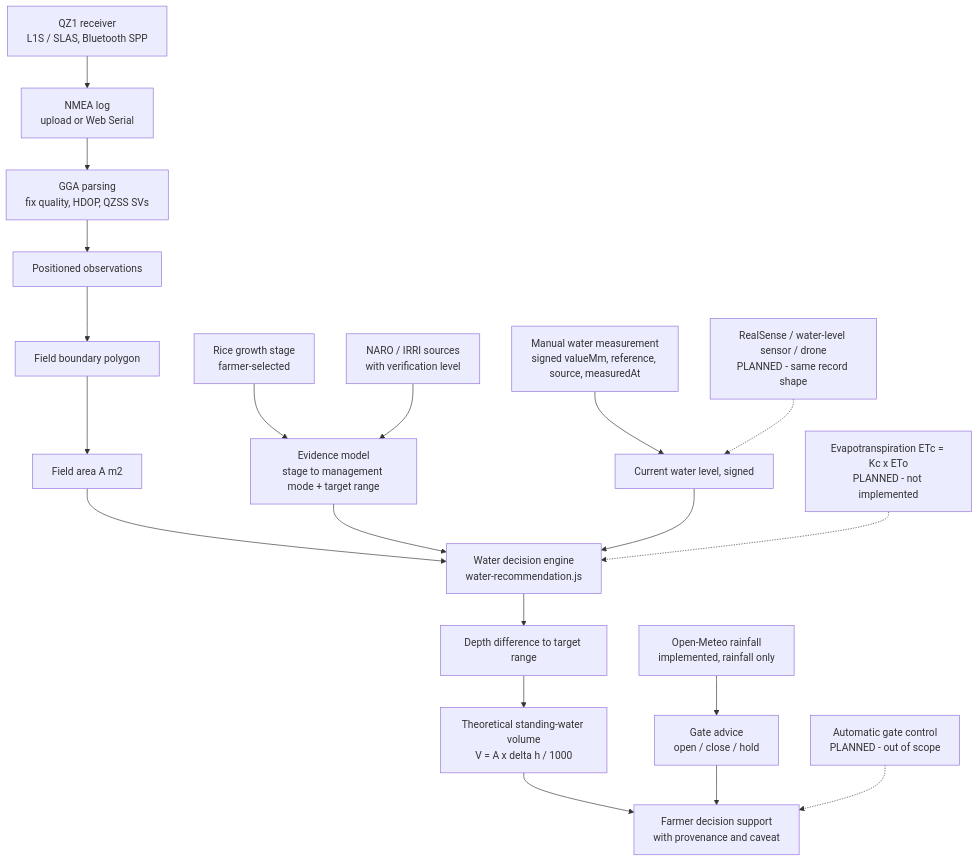
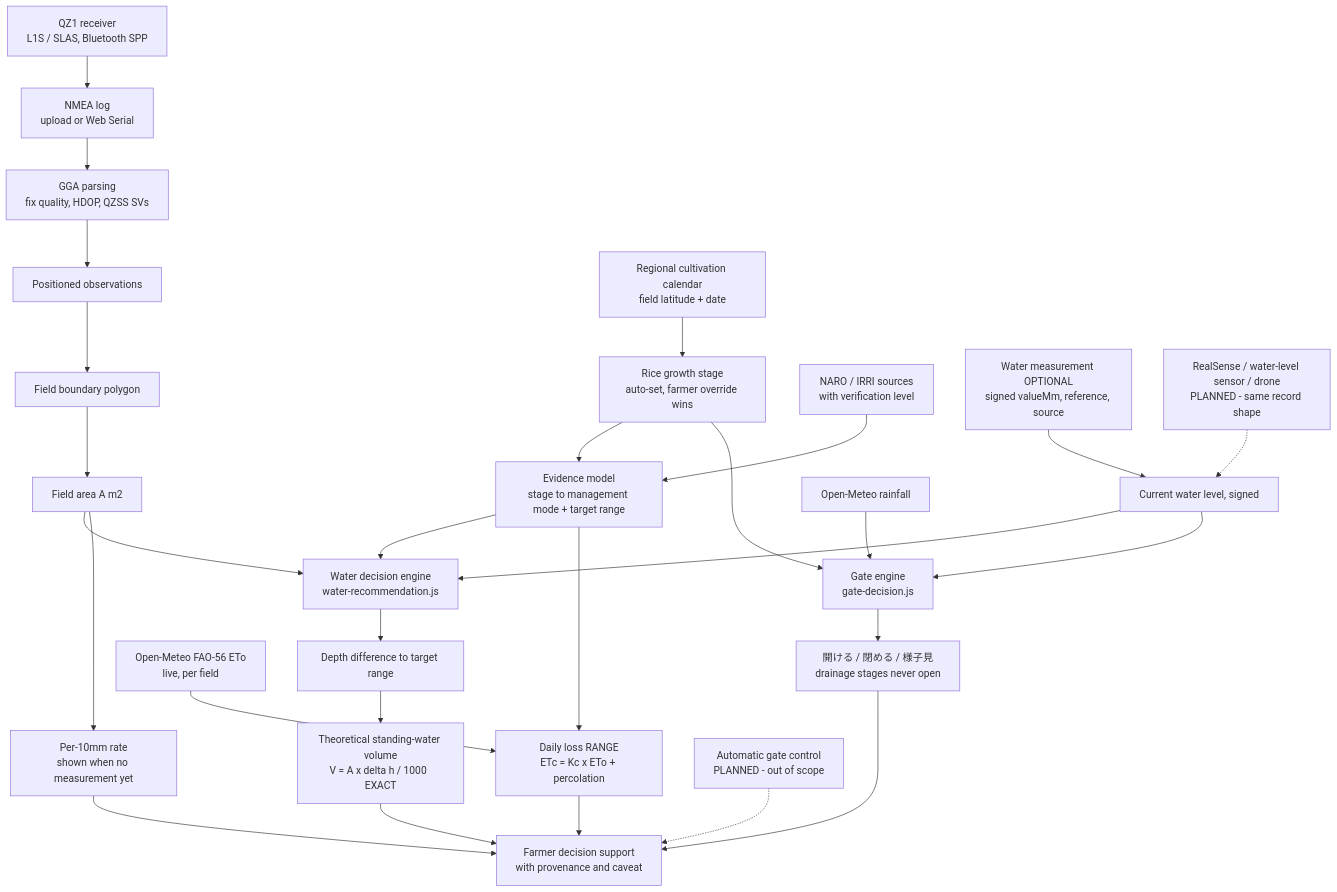
Before and after one commit to Klayertan/michibiki-suimon-navi: the diagram in docs/ARCHITECTURE.md, drawn with Mermaid. The commit also changed other lines of this file and 10 other files, not shown here.

First line of the commit message:
feat(water): optional water level, calendar-based stage, ET-aware gate decision

````diff
--- a/docs/ARCHITECTURE.md
+++ b/docs/ARCHITECTURE.md
@@ -14,27 +14,36 @@
 ```mermaid
 flowchart TD
     QZ1["QZ1 receiver<br/>L1S / SLAS, Bluetooth SPP"] --> NMEA["NMEA log<br/>upload or Web Serial"]
     NMEA --> Parse["GGA parsing<br/>fix quality, HDOP, QZSS SVs"]
     Parse --> Obs["Positioned observations"]
     Obs --> Boundary["Field boundary polygon"]
     Boundary --> Area["Field area A m2"]
 
-    Stage["Rice growth stage<br/>farmer-selected"] --> Rules["Evidence model<br/>stage to management mode + target range"]
+    Cal["Regional cultivation calendar<br/>field latitude + date"] --> Stage
+    Stage["Rice growth stage<br/>auto-set, farmer override wins"] --> Rules["Evidence model<br/>stage to management mode + target range"]
     Research["NARO / IRRI sources<br/>with verification level"] --> Rules
 
-    Manual["Manual water measurement<br/>signed valueMm, reference, source, measuredAt"] --> Current["Current water level, signed"]
+    Manual["Water measurement OPTIONAL<br/>signed valueMm, reference, source"] --> Current["Current water level, signed"]
     Sensors["RealSense / water-level sensor / drone<br/>PLANNED - same record shape"] -.-> Current
 
     Area --> Engine["Water decision engine<br/>water-recommendation.js"]
     Rules --> Engine
     Current --> Engine
 
     Engine --> Delta["Depth difference to target range"]
-    Delta --> Volume["Theoretical standing-water volume<br/>V = A x delta h / 1000"]
+    Delta --> Volume["Theoretical standing-water volume<br/>V = A x delta h / 1000  EXACT"]
+    Area --> Rate["Per-10mm rate<br/>shown when no measurement yet"]
+
+    ETo["Open-Meteo FAO-56 ETo<br/>live, per field"] --> Loss["Daily loss RANGE<br/>ETc = Kc x ETo + percolation"]
+    Rules --> Loss
+    Loss --> Decision
     Volume --> Decision["Farmer decision support<br/>with provenance and caveat"]
+    Rate --> Decision
 
-    Weather["Open-Meteo rainfall<br/>implemented, rainfall only"] --> Gate["Gate advice<br/>open / close / hold"]
+    Weather["Open-Meteo rainfall"] --> GateEng["Gate engine<br/>gate-decision.js"]
+    Stage --> GateEng
+    Current --> GateEng
+    GateEng --> Gate["開ける / 閉める / 様子見<br/>drainage stages never open"]
     Gate --> Decision
-    ET["Evapotranspiration ETc = Kc x ETo<br/>PLANNED - not implemented"] -.-> Engine
     Auto["Automatic gate control<br/>PLANNED - out of scope"] -.-> Decision
 ```
````
